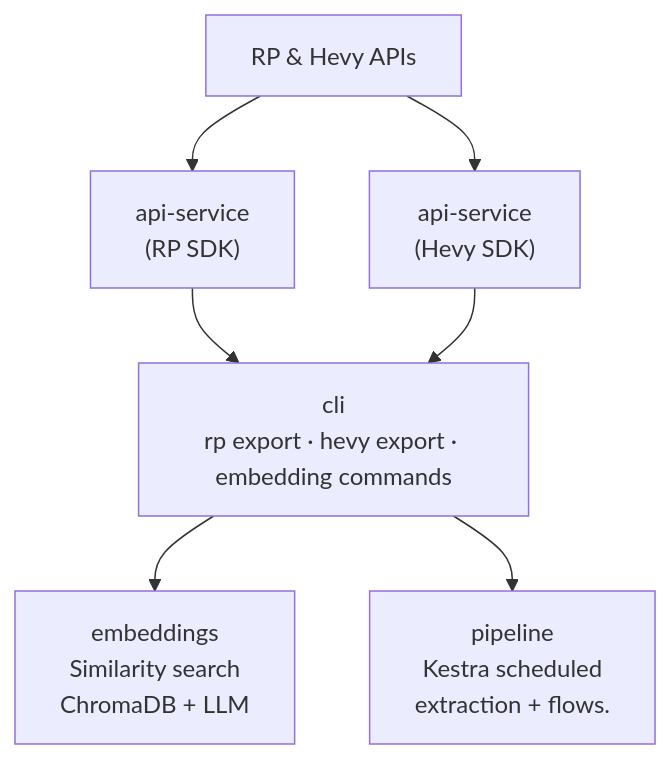
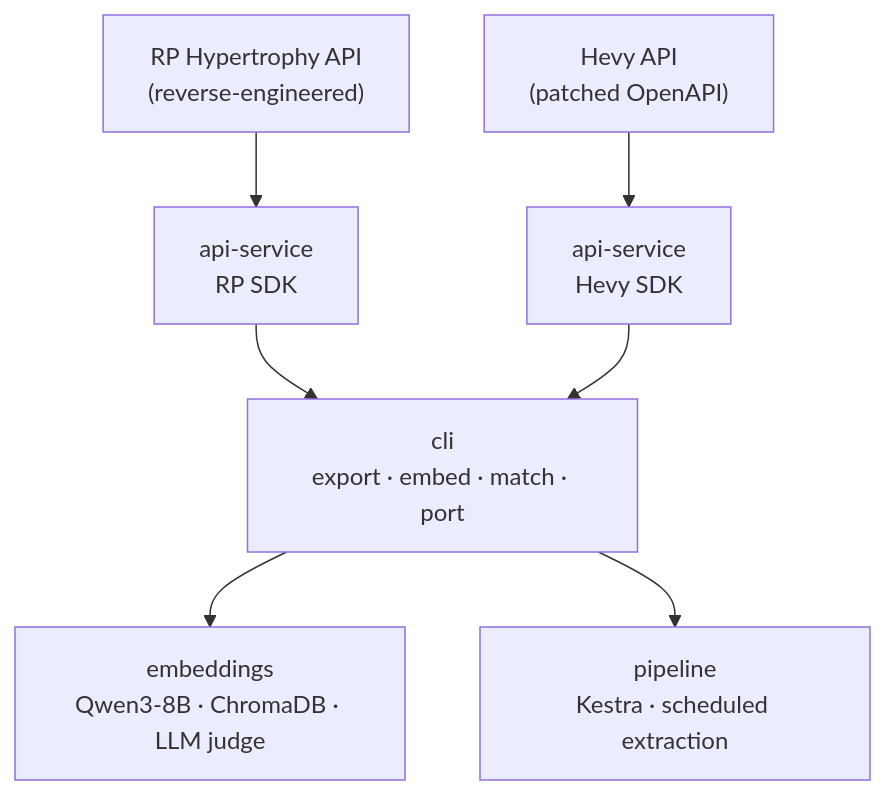
The diagram in README.md (wa101200/rp-scrpaer), drawn with Mermaid before and after one commit. The commit also changed other lines of this file and 16 other files, not shown here.

First line of the commit message:
feat: add port-rp-workout-to-hevy command to import RP workouts (#38)

````diff
--- a/README.md
+++ b/README.md
@@ -13,21 +39,22 @@
 ```mermaid
 flowchart TD
-    APIs["RP & Hevy APIs"]
-    
-    RPSDK["api-service<br/>(RP SDK)"]
-    HevySDK["api-service<br/>(Hevy SDK)"]
-    
-    CLI["cli<br/>rp export · hevy export · embedding commands"]
-    
-    Embeddings["embeddings<br/>Similarity search<br/>ChromaDB + LLM"]
-    Pipeline["pipeline<br/>Kestra scheduled<br/>extraction + flows."]
+    RP["RP Hypertrophy API<br/>(reverse-engineered)"]
+    Hevy["Hevy API<br/>(patched OpenAPI)"]
 
-    APIs --> RPSDK
-    APIs --> HevySDK
-    
+    RPSDK["api-service<br/>RP SDK"]
+    HevySDK["api-service<br/>Hevy SDK"]
+
+    CLI["cli<br/>export · embed · match · port"]
+
+    Embeddings["embeddings<br/>Qwen3-8B · ChromaDB · LLM judge"]
+    Pipeline["pipeline<br/>Kestra · scheduled extraction"]
+
+    RP --> RPSDK
+    Hevy --> HevySDK
+
     RPSDK --> CLI
     HevySDK --> CLI
-    
+
     CLI --> Embeddings
     CLI --> Pipeline
 ```
````
